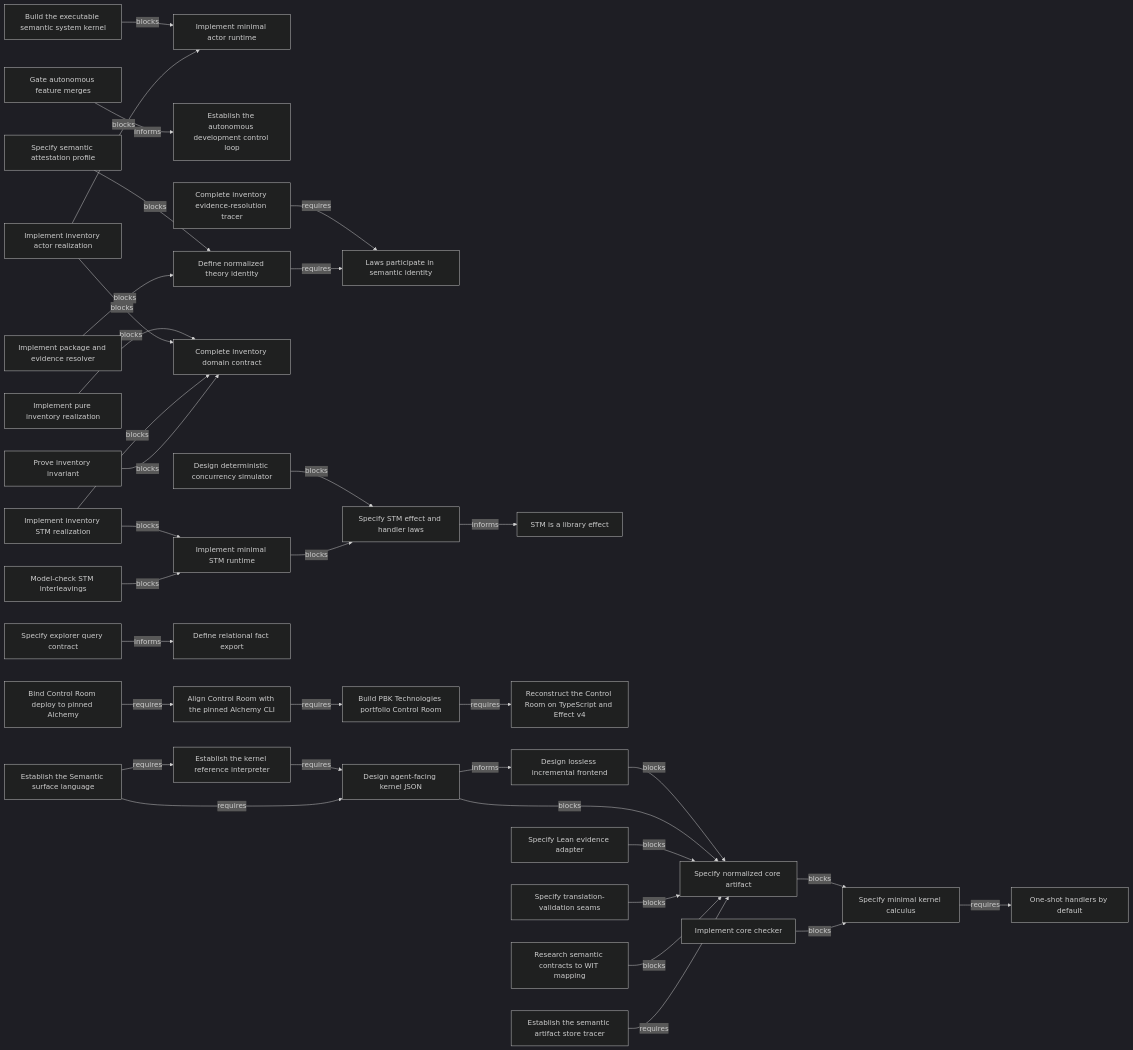
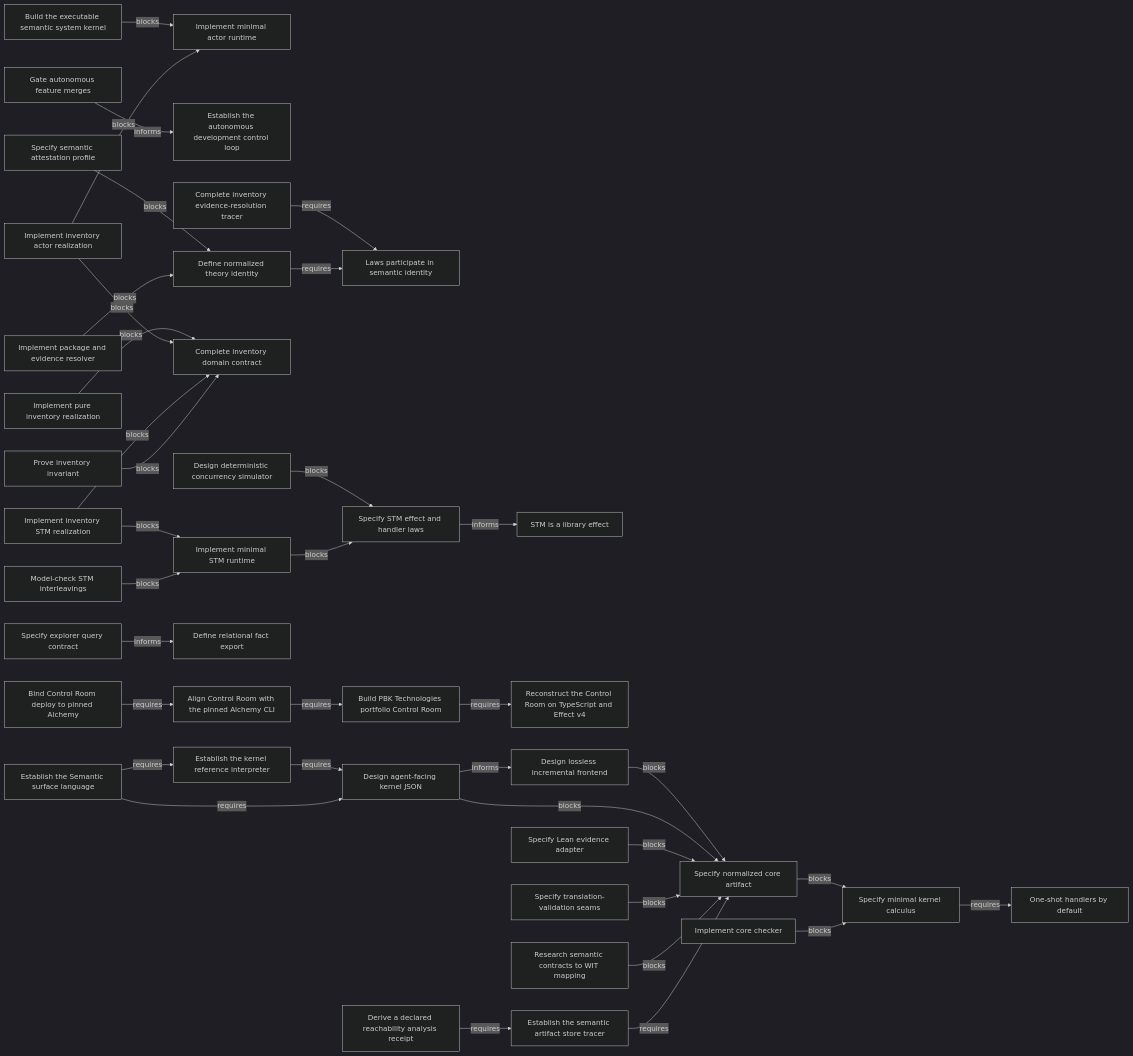
One commit to phibkro/semantic-systems changed the diagram in generated/05-work-dependencies.md. Above: the diagram before and after it, drawn with Mermaid (dark theme). The commit also changed 11 other files, not shown here.

First line of the commit message:
feat(language): add declared reachability receipt

````diff
--- a/generated/05-work-dependencies.md
+++ b/generated/05-work-dependencies.md
@@ -5,73 +5,75 @@
 ```mermaid
 flowchart LR
     decision_gated_autonomous_merges["Gate autonomous feature merges"]
     decision_one_shot["One-shot handlers by default"]
     decision_stm_library["STM is a library effect"]
     decision_theory_identity["Laws participate in semantic identity"]
     work_actor_runtime["Implement minimal actor runtime"]
     work_agent_facing_kernel_json["Design agent-facing kernel JSON"]
     work_autonomous_development_loop["Establish the autonomous development control loop"]
     work_control_room_alchemy_cli_compat["Align Control Room with the pinned Alchemy CLI"]
     work_control_room_pinned_alchemy_workspace["Bind Control Room deploy to pinned Alchemy"]
     work_control_room_reconstruction["Reconstruct the Control Room on TypeScript and Effect v4"]
     work_core_checker["Implement core checker"]
     work_deterministic_simulator_spec["Design deterministic concurrency simulator"]
     work_executable_semantic_system_kernel["Build the executable semantic system kernel"]
     work_explorer_query_contract["Specify explorer query contract"]
     work_inventory_actor["Implement inventory actor realization"]
     work_inventory_design["Complete inventory domain contract"]
     work_inventory_proof["Prove inventory invariant"]
     work_inventory_pure["Implement pure inventory realization"]
     work_inventory_resolution_tracer["Complete inventory evidence-resolution tracer"]
     work_inventory_stm["Implement inventory STM realization"]
     work_kernel_reference_interpreter["Establish the kernel reference interpreter"]
     work_kernel_spec["Specify minimal kernel calculus"]
     work_lean_evidence_adapter["Specify Lean evidence adapter"]
     work_lossless_frontend_spec["Design lossless incremental frontend"]
     work_normalized_core_format["Specify normalized core artifact"]
     work_package_resolver["Implement package and evidence resolver"]
     work_pbk_portfolio_control_room["Build PBK Technologies portfolio Control Room"]
+    work_reachability_analysis_receipt["Derive a declared reachability analysis receipt"]
     work_relational_fact_schema["Define relational fact export"]
     work_semantic_artifact_store["Establish the semantic artifact store tracer"]
     work_semantic_attestation_profile["Specify semantic attestation profile"]
     work_semantic_surface_language["Establish the Semantic surface language"]
     work_stm_laws["Specify STM effect and handler laws"]
     work_stm_model_check["Model-check STM interleavings"]
     work_stm_runtime["Implement minimal STM runtime"]
     work_theory_identity["Define normalized theory identity"]
     work_translation_validation_spec["Specify translation-validation seams"]
     work_wasm_contract_mapping["Research semantic contracts to WIT mapping"]
     work_control_room_alchemy_cli_compat -->|requires| work_pbk_portfolio_control_room
     work_control_room_pinned_alchemy_workspace -->|requires| work_control_room_alchemy_cli_compat
     decision_gated_autonomous_merges -->|informs| work_autonomous_development_loop
     work_executable_semantic_system_kernel -->|blocks| work_actor_runtime
     work_inventory_resolution_tracer -->|requires| decision_theory_identity
     work_kernel_reference_interpreter -->|requires| work_agent_facing_kernel_json
     work_pbk_portfolio_control_room -->|requires| work_control_room_reconstruction
+    work_reachability_analysis_receipt -->|requires| work_semantic_artifact_store
     work_normalized_core_format -->|blocks| work_kernel_spec
     work_lossless_frontend_spec -->|blocks| work_normalized_core_format
     work_agent_facing_kernel_json -->|blocks| work_normalized_core_format
     work_agent_facing_kernel_json -->|informs| work_lossless_frontend_spec
     work_lean_evidence_adapter -->|blocks| work_normalized_core_format
     work_translation_validation_spec -->|blocks| work_normalized_core_format
     work_semantic_attestation_profile -->|blocks| work_theory_identity
     work_wasm_contract_mapping -->|blocks| work_normalized_core_format
     work_deterministic_simulator_spec -->|blocks| work_stm_laws
     work_explorer_query_contract -->|informs| work_relational_fact_schema
     work_semantic_artifact_store -->|requires| work_normalized_core_format
     work_semantic_surface_language -->|requires| work_agent_facing_kernel_json
     work_semantic_surface_language -->|requires| work_kernel_reference_interpreter
     work_core_checker -->|blocks| work_kernel_spec
     work_kernel_spec -->|requires| decision_one_shot
     work_theory_identity -->|requires| decision_theory_identity
     work_package_resolver -->|blocks| work_theory_identity
     work_inventory_pure -->|blocks| work_inventory_design
     work_inventory_actor -->|blocks| work_inventory_design
     work_inventory_actor -->|blocks| work_actor_runtime
     work_stm_laws -->|informs| decision_stm_library
     work_stm_runtime -->|blocks| work_stm_laws
     work_inventory_stm -->|blocks| work_inventory_design
     work_inventory_stm -->|blocks| work_stm_runtime
     work_inventory_proof -->|blocks| work_inventory_design
     work_stm_model_check -->|blocks| work_stm_runtime
 ```
````
